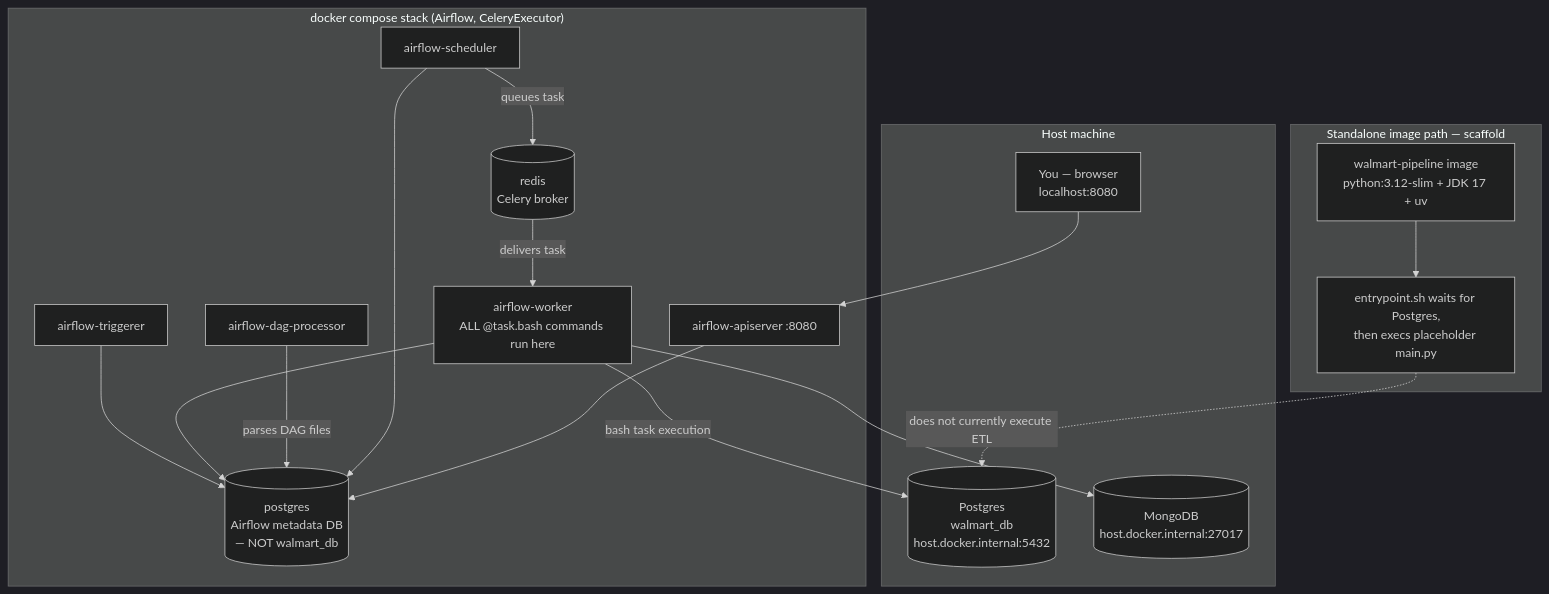
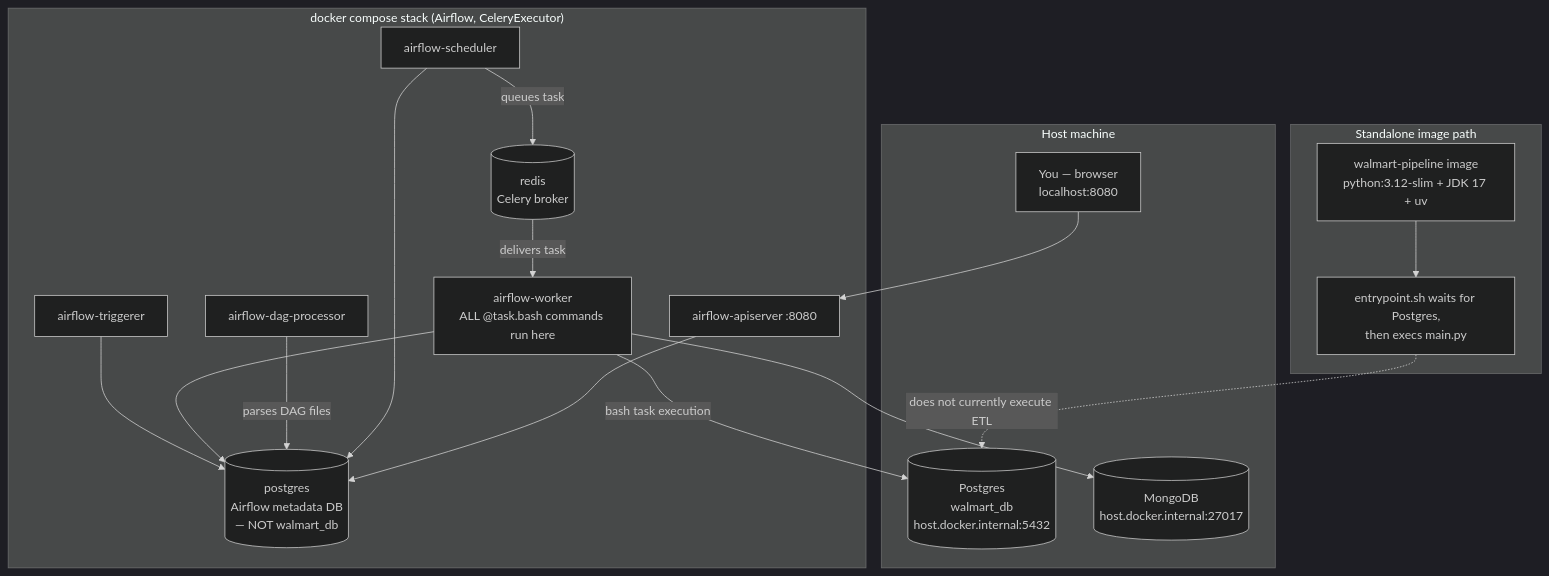
Before and after one commit to Nitinx12/Walmart_DBT: the third of 10 diagrams in docs/ARCHITECTURE.md, drawn with Mermaid (dark theme). The commit also changed other lines of this file and 32 other files, not shown here.

````diff
--- a/docs/ARCHITECTURE.md
+++ b/docs/ARCHITECTURE.md
@@ -125,36 +122,36 @@
 ```mermaid
 flowchart TB
     subgraph Host["Host machine"]
         USER["You — browser<br/>localhost:8080"]
         HOSTDB[("Postgres<br/>walmart_db<br/>host.docker.internal:5432")]
         HOSTMONGO[("MongoDB<br/>host.docker.internal:27017")]
     end
 
-    subgraph Standalone["Standalone image path — scaffold"]
+    subgraph Standalone["Standalone image path"]
         IMG1["walmart-pipeline image<br/>python:3.12-slim + JDK 17 + uv"]
-        RUN1["entrypoint.sh waits for Postgres,<br/>then execs placeholder main.py"]
+        RUN1["entrypoint.sh waits for Postgres,<br/>then execs main.py"]
         IMG1 --> RUN1
     end
 
     subgraph ComposeStack["docker compose stack (Airflow, CeleryExecutor)"]
         API["airflow-apiserver :8080"]
         SCHED["airflow-scheduler"]
         DAGP["airflow-dag-processor"]
         WORK["airflow-worker<br/>ALL @task.bash commands run here"]
         TRIG["airflow-triggerer"]
         MPG[("postgres<br/>Airflow metadata DB<br/>— NOT walmart_db")]
         REDIS[("redis<br/>Celery broker")]
     end
 
     USER --> API
     API --> MPG
     SCHED --> MPG
     SCHED -- "queues task" --> REDIS
     DAGP -- "parses DAG files" --> MPG
     REDIS -- "delivers task" --> WORK
     WORK --> MPG
     TRIG --> MPG
     WORK -- "bash task execution" --> HOSTDB
     WORK --> HOSTMONGO
     RUN1 -. "does not currently execute ETL" .-> HOSTDB
 ```
````
